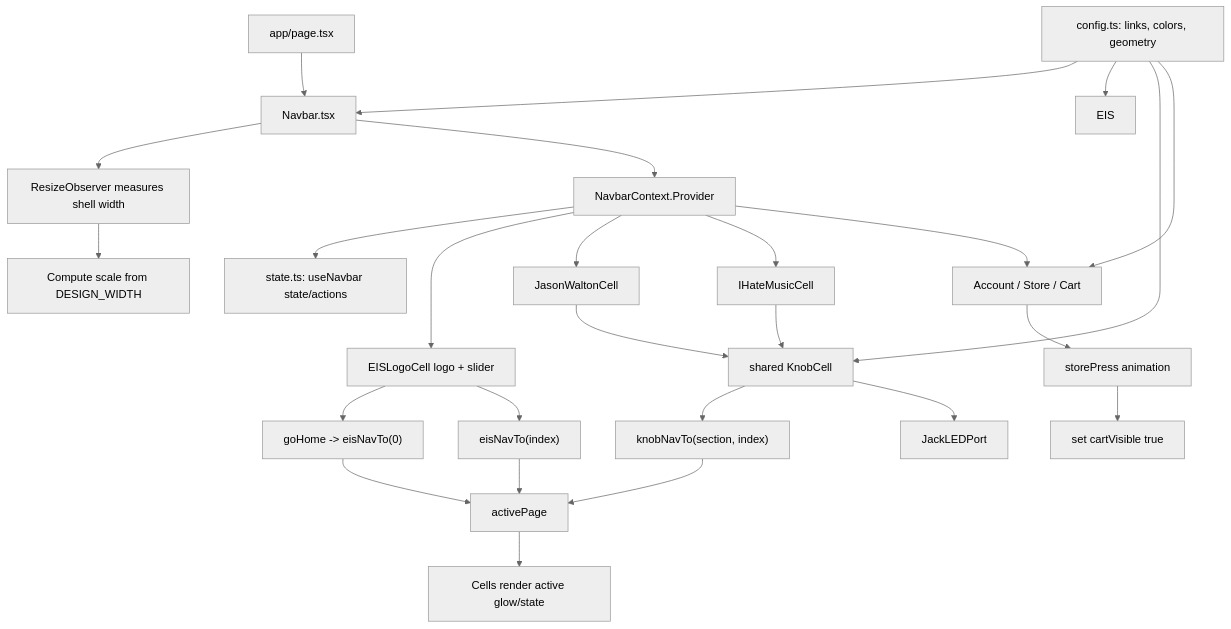
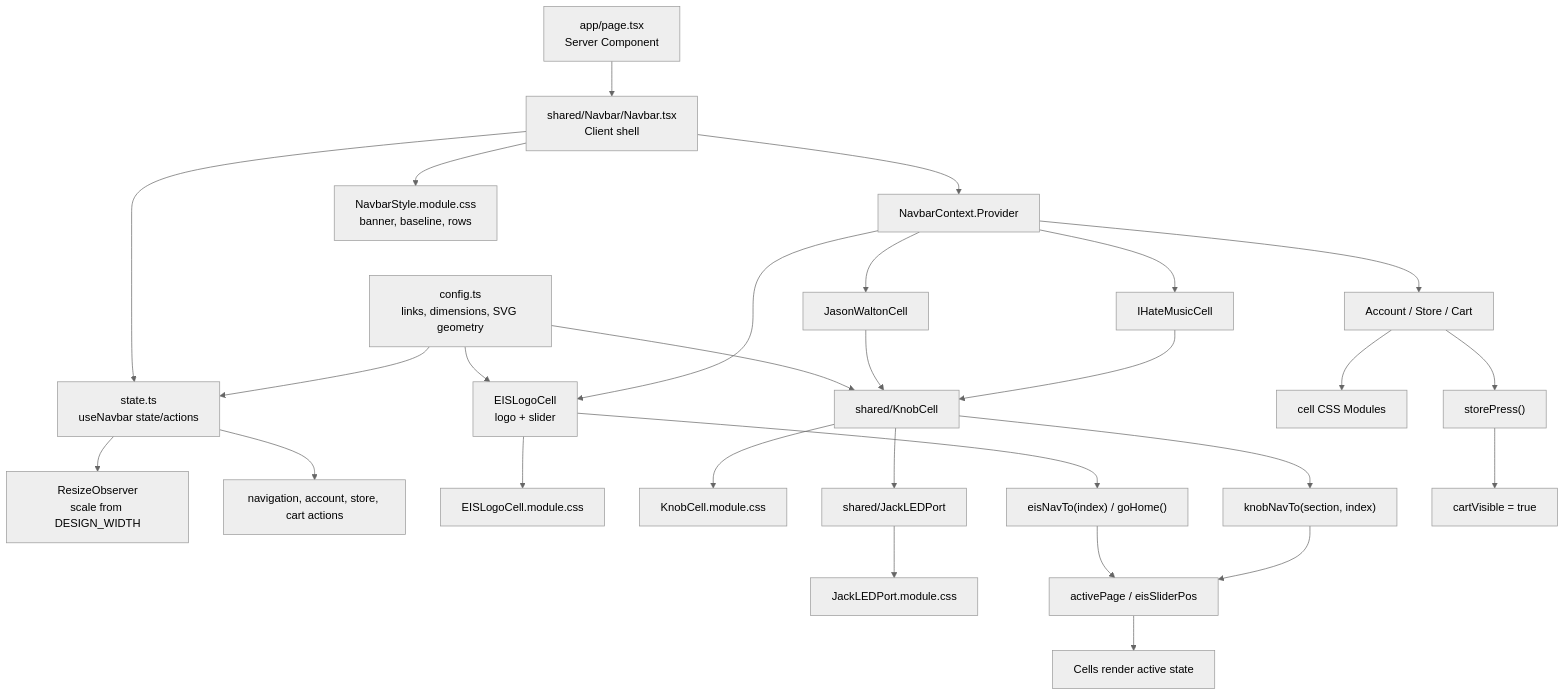
The diagram in PROJECT_ARCHITECTURE.md (bucketb0t/Earth_In_Sound), drawn with Mermaid (neutral theme) before and after one commit. The commit also changed other lines of this file and 29 other files, not shown here.

````diff
--- a/PROJECT_ARCHITECTURE.md
+++ b/PROJECT_ARCHITECTURE.md
@@ -98,31 +154,34 @@
 ```mermaid
 flowchart TD
-  Page["app/page.tsx"] --> Navbar["Navbar.tsx"]
-  Navbar --> Measure["ResizeObserver measures shell width"]
-  Measure --> Scale["Compute scale from DESIGN_WIDTH"]
+  Page["app/page.tsx<br/>Server Component"] --> Navbar["shared/Navbar/Navbar.tsx<br/>Client shell"]
   Navbar --> Provider["NavbarContext.Provider"]
-  Provider --> State["state.ts: useNavbar state/actions"]
-  Config["config.ts: links, colors, geometry"] --> Navbar
+  Navbar --> ShellCSS["NavbarStyle.module.css<br/>banner, baseline, rows"]
+  Navbar --> State["state.ts<br/>useNavbar state/actions"]
+  State --> Measure["ResizeObserver<br/>scale from DESIGN_WIDTH"]
+  State --> Actions["navigation, account, store, cart actions"]
+  Config["config.ts<br/>links, dimensions, SVG geometry"] --> State
   Config --> EIS
   Config --> Knob
-  Config --> Utility
 
-  Provider --> EISLogo["EISLogoCell logo + slider"]
+  Provider --> EIS["EISLogoCell<br/>logo + slider"]
   Provider --> JW["JasonWaltonCell"]
   Provider --> IHM["IHateMusicCell"]
   Provider --> Utility["Account / Store / Cart"]
 
-  EISLogo --> GoHome["goHome -> eisNavTo(0)"]
-  EISLogo --> EisNav["eisNavTo(index)"]
-  JW --> Knob["shared KnobCell"]
+  EIS --> EISCSS["EISLogoCell.module.css"]
+  JW --> Knob["shared/KnobCell"]
   IHM --> Knob
+  Knob --> KnobCSS["KnobCell.module.css"]
+  Knob --> Jack["shared/JackLEDPort"]
+  Jack --> JackCSS["JackLEDPort.module.css"]
+  Utility --> UtilityCSS["cell CSS Modules"]
+
+  EIS --> EISNav["eisNavTo(index) / goHome()"]
   Knob --> KnobNav["knobNavTo(section, index)"]
-  Knob --> Jack["JackLEDPort"]
-  Utility --> Store["storePress animation"]
-  Store --> RevealCart["set cartVisible true"]
+  Utility --> Store["storePress()"]
+  Store --> RevealCart["cartVisible = true"]
 
-  GoHome --> Active["activePage"]
-  EisNav --> Active
+  EISNav --> Active["activePage / eisSliderPos"]
   KnobNav --> Active
-  Active --> Cells["Cells render active glow/state"]
+  Active --> Render["Cells render active state"]
 ```
````
